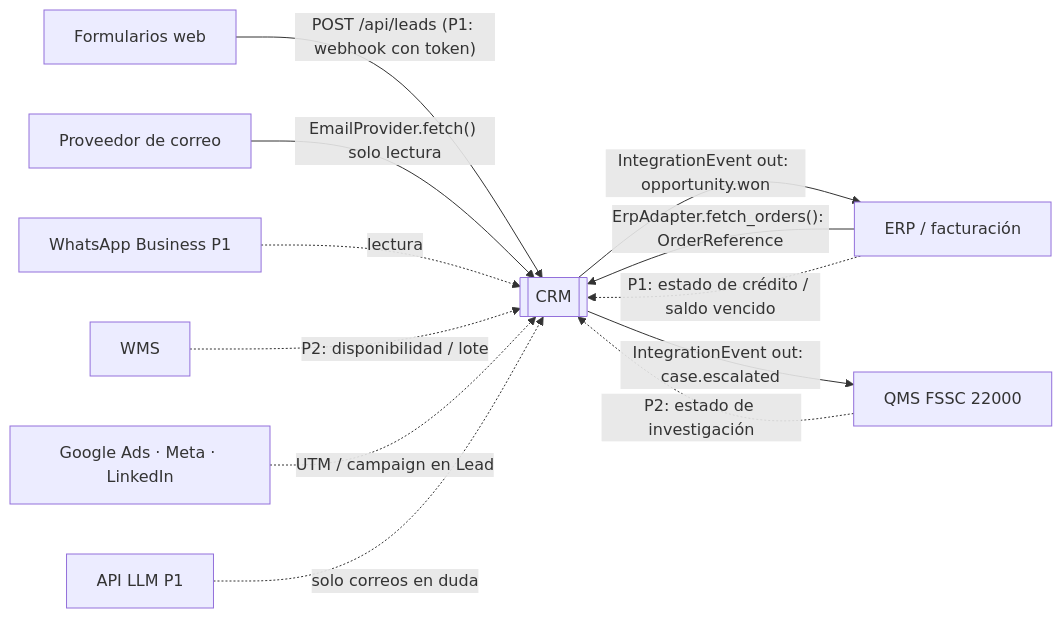
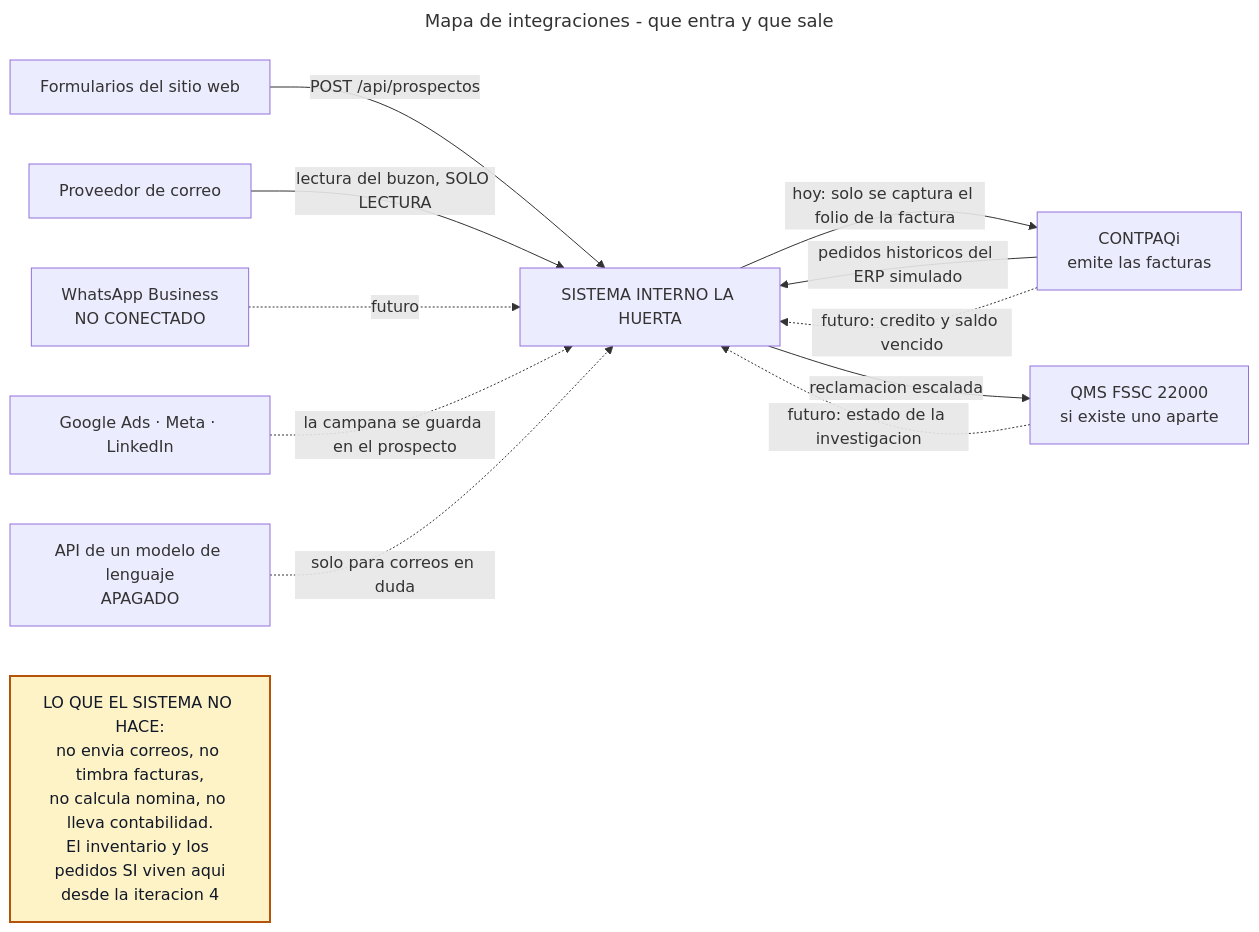
One commit to erimaan13-cmd/lahuerta-crm changed the diagram in docs/diagrams/07_integration_map.mmd. Above: the diagram before and after it, drawn with Mermaid. The commit also changed 21 other files, not shown here.

First line of the commit message:
Sincroniza los diagramas con la auditoría y agrega la guía de junta

```diff
--- a/docs/diagrams/07_integration_map.mmd
+++ b/docs/diagrams/07_integration_map.mmd
@@ -1,13 +1,24 @@
+---
+title: Mapa de integraciones - que entra y que sale
+---
 flowchart LR
-  CRM[[CRM]]
-  WEB[Formularios web] -- "POST /api/leads (P1: webhook con token)" --> CRM
-  MAIL[Proveedor de correo] -- "EmailProvider.fetch() solo lectura" --> CRM
-  WA[WhatsApp Business P1] -. lectura .-> CRM
-  CRM -- "IntegrationEvent out: opportunity.won" --> ERP[ERP / facturación]
-  ERP -- "ErpAdapter.fetch_orders(): OrderReference" --> CRM
-  ERP -. "P1: estado de crédito / saldo vencido" .-> CRM
-  WMS[WMS] -. "P2: disponibilidad / lote" .-> CRM
-  CRM -- "IntegrationEvent out: case.escalated" --> QMS[QMS FSSC 22000]
-  QMS -. "P2: estado de investigación" .-> CRM
-  ADS[Google Ads · Meta · LinkedIn] -. "UTM / campaign en Lead" .-> CRM
-  LLM[API LLM P1] -. "solo correos en duda" .-> CRM
+  CRM["SISTEMA INTERNO LA HUERTA"]
+
+  WEB["Formularios del sitio web"] -- "POST /api/prospectos" --> CRM
+  MAIL["Proveedor de correo"] -- "lectura del buzon, SOLO LECTURA" --> CRM
+  WA["WhatsApp Business<br/>NO CONECTADO"] -. "futuro" .-> CRM
+
+  CRM -- "hoy: solo se captura el folio de la factura" --> ERP["CONTPAQi<br/>emite las facturas"]
+  ERP -- "pedidos historicos del ERP simulado" --> CRM
+  ERP -. "futuro: credito y saldo vencido" .-> CRM
+
+  CRM -- "reclamacion escalada" --> QMS["QMS FSSC 22000<br/>si existe uno aparte"]
+  QMS -. "futuro: estado de la investigacion" .-> CRM
+
+  ADS["Google Ads · Meta · LinkedIn"] -. "la campana se guarda en el prospecto" .-> CRM
+  LLM["API de un modelo de lenguaje<br/>APAGADO"] -. "solo para correos en duda" .-> CRM
+
+  NOTA["LO QUE EL SISTEMA NO HACE:<br/>no envia correos, no timbra facturas,<br/>no calcula nomina, no lleva contabilidad.<br/>El inventario y los pedidos SI viven aqui<br/>desde la iteracion 4"]
+
+  classDef nota fill:#fef3c7,stroke:#b45309,color:#111827,stroke-width:2px
+  class NOTA nota
```
